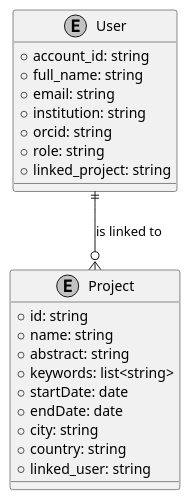
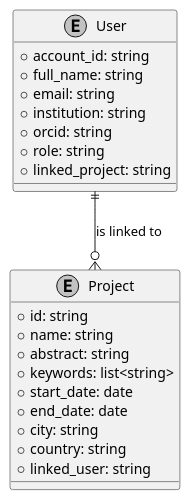
Before and after one commit to OliveiraEdu/d-OSP: the diagram in diagrams/plantUML/entity_relationship_model.wsd, drawn with PlantUML. The commit also changed 27 other files, not shown here.

Commit message:
new diagrams

```diff
--- a/diagrams/plantUML/entity_relationship_model.wsd
+++ b/diagrams/plantUML/entity_relationship_model.wsd
@@ -1,32 +1,32 @@
 @startuml entity_relationship_model
 
 ' title Open Science Platform Entity-relationship model
 skinparam monochrome true
 
 top to bottom direction
 
 entity "User" {
   + account_id: string 
   + full_name: string
   + email: string
   + institution: string
   + orcid: string
   + role: string
   + linked_project: string
 }
 
 entity "Project" {
   + id: string 
   + name: string
   + abstract: string
   + keywords: list<string>
-  + startDate: date
-  + endDate: date
+  + start_date: date
+  + end_date: date
   + city: string
   + country: string
   + linked_user: string
 }
 
 User  ||--o{ Project : is linked to 
 
 @enduml
```
